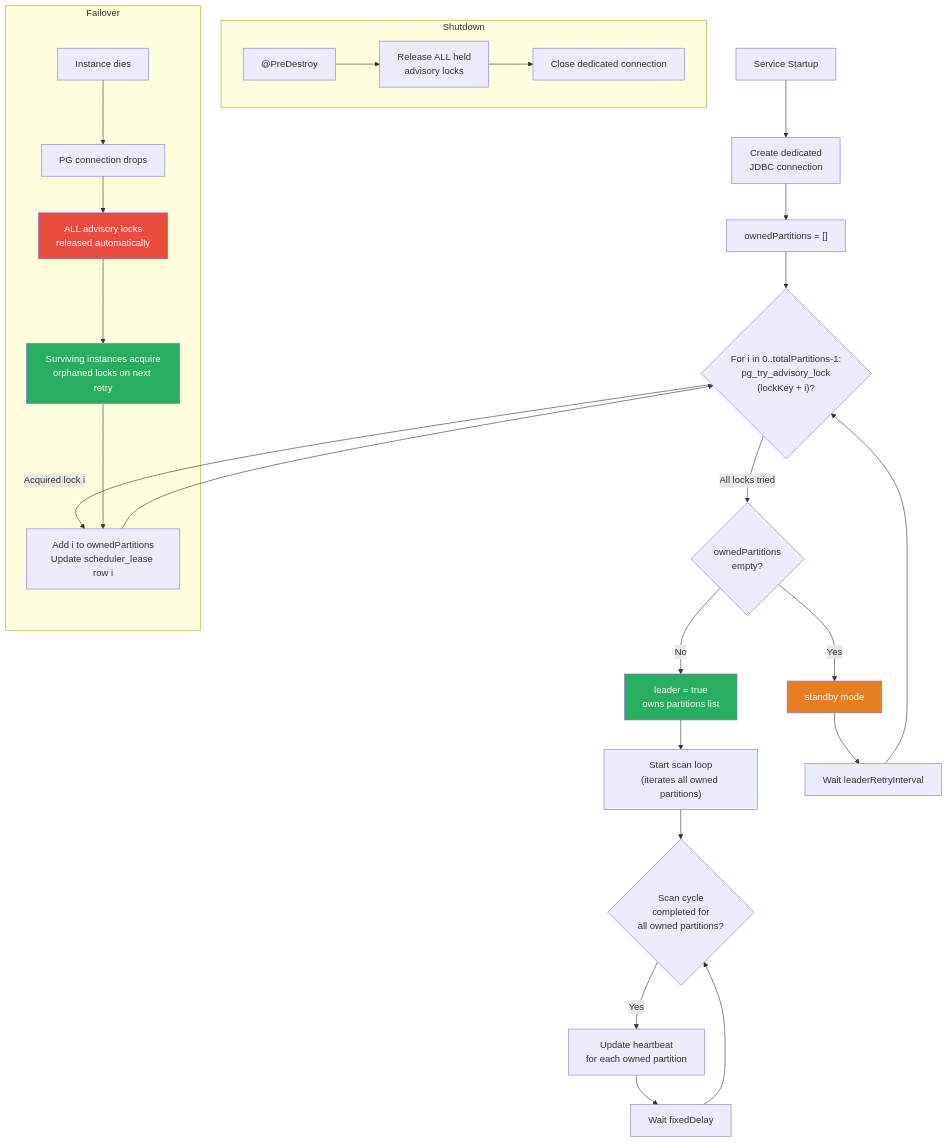
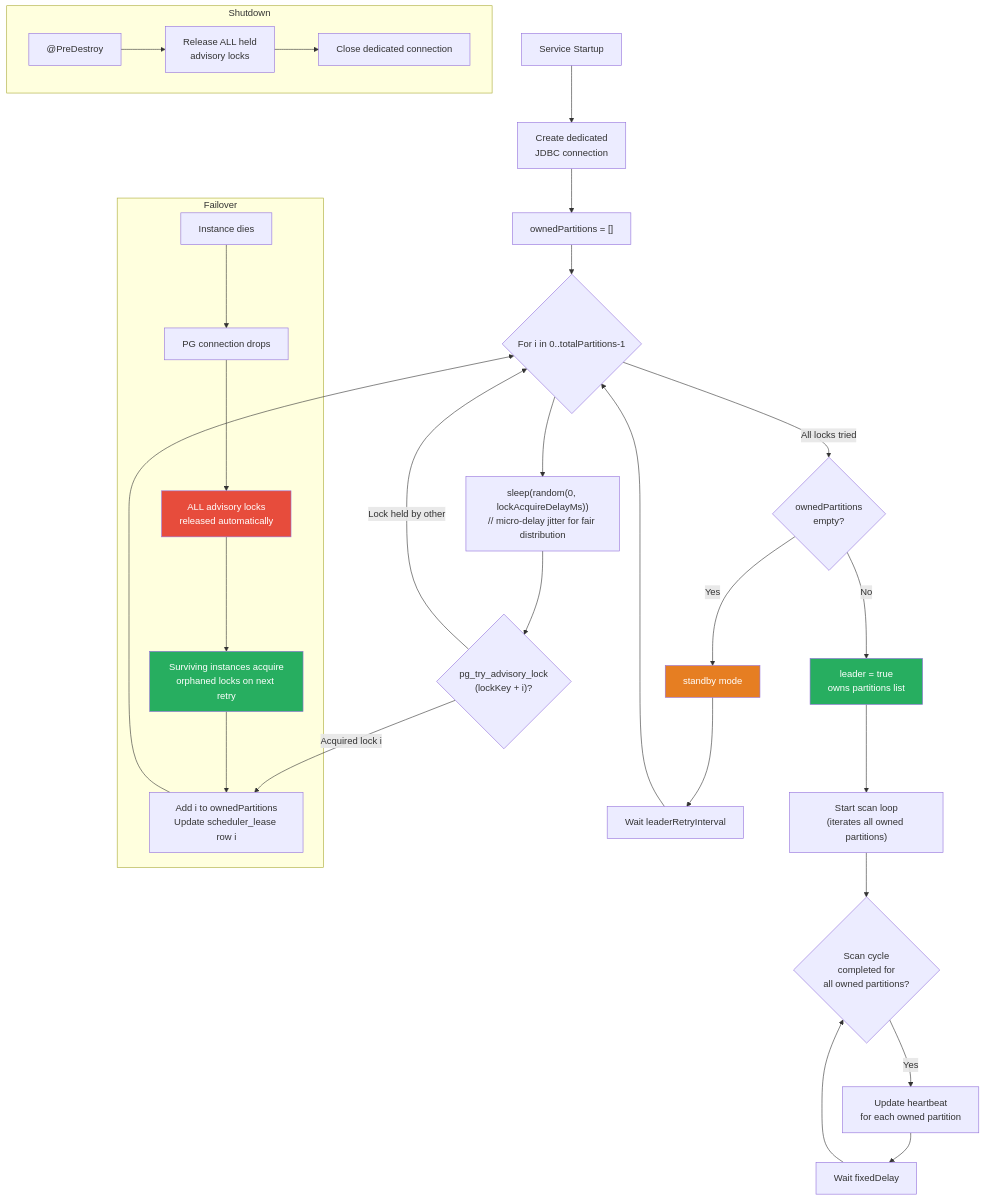
One commit to Jayaprakash8887/cce-scheduler-service changed the second of 5 diagrams in docs/flow-diagrams.md. Above: the diagram before and after it, drawn with Mermaid.

Commit message:
Feat: Update flow diagram for Greedy Partitioned Leader Election Lifecycle with lock acquisition logic

````diff
--- a/docs/flow-diagrams.md
+++ b/docs/flow-diagrams.md
@@ -54,38 +54,41 @@
 ```mermaid
 flowchart TD
     A["Service Startup"] --> B["Create dedicated<br/>JDBC connection"]
     B --> C["ownedPartitions = []"]
-    C --> D{"For i in 0..totalPartitions-1:<br/>pg_try_advisory_lock<br/>(lockKey + i)?"}
-    D -->|"Acquired lock i"| E["Add i to ownedPartitions<br/>Update scheduler_lease row i"]
+    C --> D{"For i in 0..totalPartitions-1"}
+    D --> D1["sleep(random(0, lockAcquireDelayMs))<br/>// micro-delay jitter for fair distribution"]
+    D1 --> D2{"pg_try_advisory_lock<br/>(lockKey + i)?"}
+    D2 -->|"Acquired lock i"| E["Add i to ownedPartitions<br/>Update scheduler_lease row i"]
     E --> D
+    D2 -->|"Lock held by other"| D
     D -->|"All locks tried"| F{"ownedPartitions<br/>empty?"}
     F -->|"Yes"| G["standby mode"]
     F -->|"No"| H["leader = true<br/>owns partitions list"]
 
     H --> I["Start scan loop<br/>(iterates all owned partitions)"]
 
     G --> J["Wait leaderRetryInterval"]
     J --> D
 
     I --> K{"Scan cycle<br/>completed for<br/>all owned partitions?"}
     K -->|"Yes"| L["Update heartbeat<br/>for each owned partition"]
     L --> M["Wait fixedDelay"]
     M --> K
 
     subgraph Shutdown
         N["@PreDestroy"] --> O["Release ALL held<br/>advisory locks"]
         O --> P["Close dedicated connection"]
     end
 
     subgraph Failover
         Q["Instance dies"] --> R["PG connection drops"]
         R --> S["ALL advisory locks<br/>released automatically"]
         S --> T["Surviving instances acquire<br/>orphaned locks on next retry"]
         T --> E
     end
 
     style H fill:#27AE60,color:white
     style G fill:#E67E22,color:white
     style S fill:#E74C3C,color:white
     style T fill:#27AE60,color:white
 ```
````
